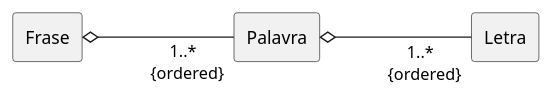
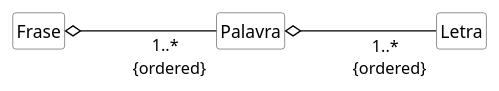
Before and after one commit to kyriosdata/oo: the diagram in imagens/modelos-03/mod03ima07/mod03ima07.plantuml, drawn with PlantUML. The commit also changed 26 other files, not shown here.

```diff
--- a/imagens/modelos-03/mod03ima07/mod03ima07.plantuml
+++ b/imagens/modelos-03/mod03ima07/mod03ima07.plantuml
@@ -1,9 +1,18 @@
 @startuml mod03ima07
-rectangle "Frase" as fr
-rectangle "Palavra" as pa
-rectangle "Letra" as le
+hide circle
+hide methods
+hide empty members
+
+skinparam class {
+    BackgroundColor White
+    ArrowColor Black
+    BorderColor #505050
+}
+class "Frase" as fr
+class "Palavra" as pa
+class "Letra" as le
 
 left to right direction
 fr o---"1..* \n {ordered}"pa
 pa o---"1..* \n {ordered}"le
 @enduml
```
